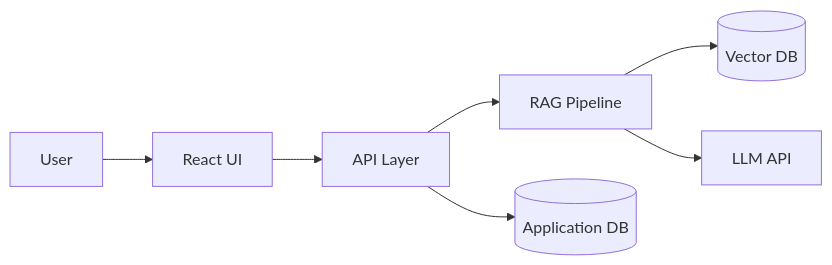
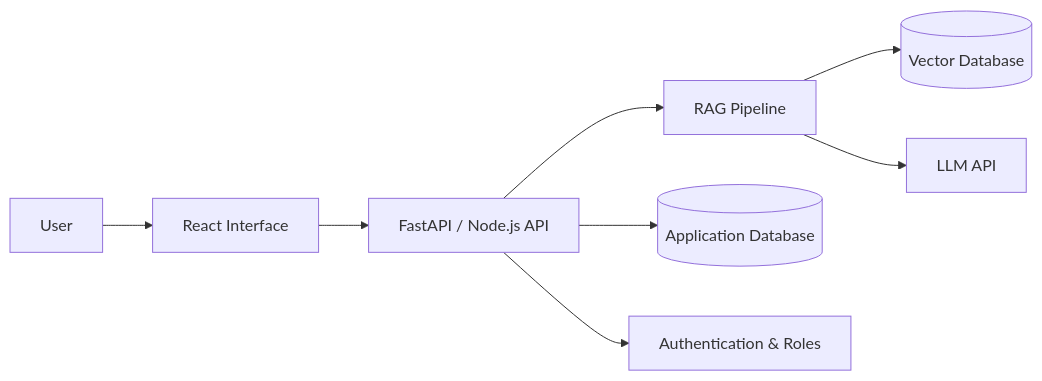
One commit to haile12michael12/haile12michael12 changed the diagram in README.md. Above: the diagram before and after it, drawn with Mermaid. The commit also changed other lines of this file and 3 other files, not shown here.

````diff
--- a/README.md
+++ b/README.md
@@ -50,9 +80,10 @@
 ```mermaid
 flowchart LR
-  U[User] --> UI[React UI]
-  UI --> API[API Layer]
-  API --> RAG[RAG Pipeline]
-  RAG --> VDB[(Vector DB)]
-  RAG --> LLM[LLM API]
-  API --> DB[(Application DB)]
+    User --> React[React Interface]
+    React --> API[FastAPI / Node.js API]
+    API --> RAG[RAG Pipeline]
+    RAG --> VectorDB[(Vector Database)]
+    RAG --> LLM[LLM API]
+    API --> AppDB[(Application Database)]
+    API --> Auth[Authentication & Roles]
 ```
````
